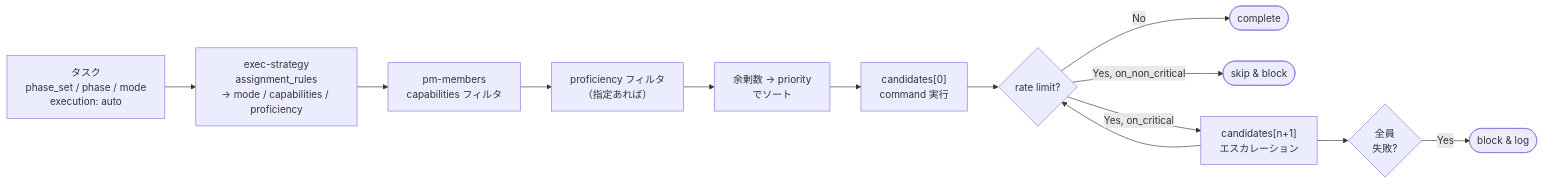
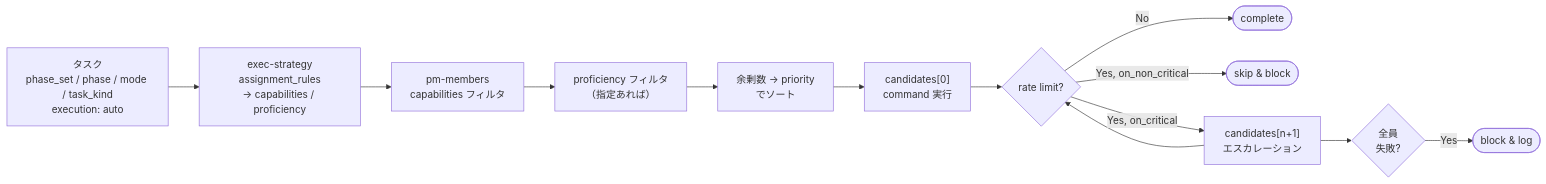
The diagram in docs/ja/specdojo/guides/specdojo-exec-strategy-guide.md (specdojo/specdojo), drawn with Mermaid before and after one commit. The commit also changed other lines of this file and 12 other files, not shown here.

````diff
--- a/docs/ja/specdojo/guides/specdojo-exec-strategy-guide.md
+++ b/docs/ja/specdojo/guides/specdojo-exec-strategy-guide.md
@@ -170,22 +169,22 @@
 ```mermaid
 flowchart LR
-  T["タスク\nphase_set / phase / mode\nexecution: auto"]
-  AR["exec-strategy\nassignment_rules\n→ mode / capabilities / proficiency"]
+  T["タスク\nphase_set / phase / mode / task_kind\nexecution: auto"]
+  AR["exec-strategy\nassignment_rules\n→ capabilities / proficiency"]
   F1["pm-members\ncapabilities フィルタ"]
   F2["proficiency フィルタ\n（指定あれば）"]
   S["余剰数 → priority\nでソート"]
   M0["candidates[0]\ncommand 実行"]
   RL{"rate limit?"}
   OK(["complete"])
   SK(["skip & block"])
   MN["candidates[n+1]\nエスカレーション"]
   EX{"全員<br/>失敗?"}
   BL(["block & log"])
 
   T --> AR --> F1 --> F2 --> S --> M0 --> RL
   RL -->|No| OK
   RL -->|Yes, on_non_critical| SK
   RL -->|Yes, on_critical| MN --> RL
   MN --> EX
   EX -->|Yes| BL
 ```
````
